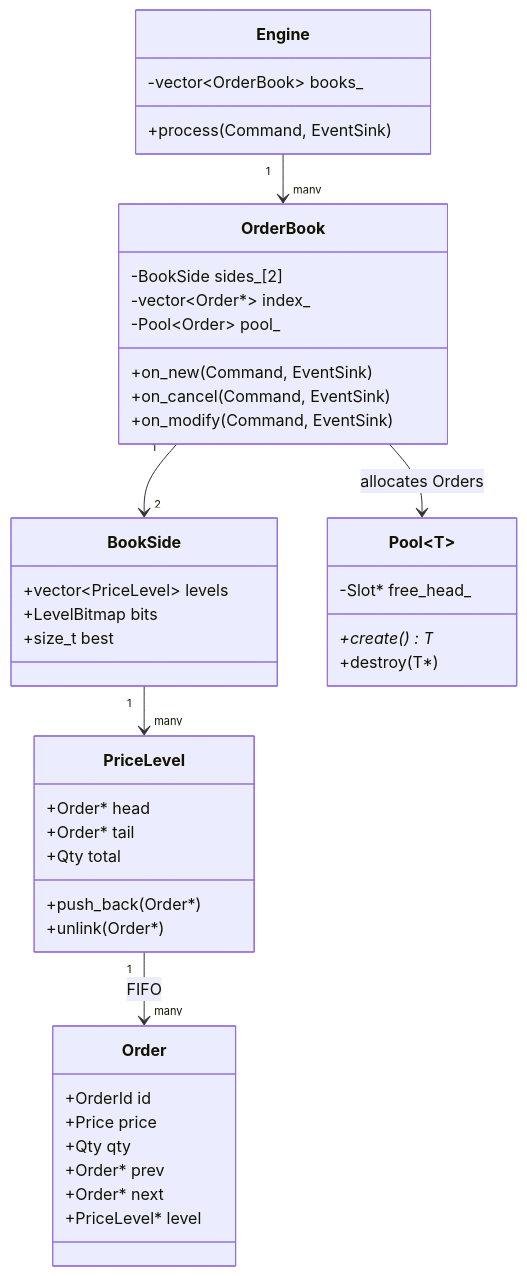
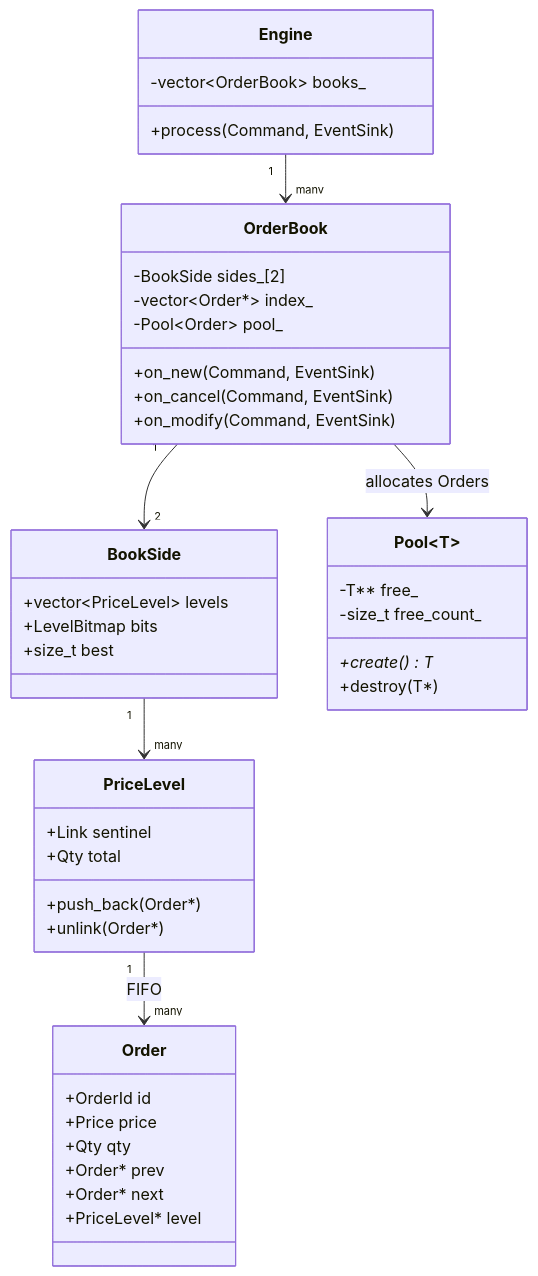
The eighth of 22 diagrams in docs/AETHER_DESIGN.md (shivanshu814/Aether), drawn with Mermaid before and after one commit. The commit also changed other lines of this file and 2 other files, not shown here.

````diff
--- a/docs/AETHER_DESIGN.md
+++ b/docs/AETHER_DESIGN.md
@@ -386,45 +388,45 @@
 ```mermaid
 classDiagram
     class Engine {
         -vector~OrderBook~ books_
         +process(Command, EventSink)
     }
     class OrderBook {
         -BookSide sides_[2]
         -vector~Order*~ index_
         -Pool~Order~ pool_
         +on_new(Command, EventSink)
         +on_cancel(Command, EventSink)
         +on_modify(Command, EventSink)
     }
     class BookSide {
         +vector~PriceLevel~ levels
         +LevelBitmap bits
         +size_t best
     }
     class PriceLevel {
-        +Order* head
-        +Order* tail
+        +Link sentinel
         +Qty total
         +push_back(Order*)
         +unlink(Order*)
     }
     class Order {
         +OrderId id
         +Price price
         +Qty qty
         +Order* prev
         +Order* next
         +PriceLevel* level
     }
     class Pool~T~ {
-        -Slot* free_head_
+        -T** free_
+        -size_t free_count_
         +create() T*
         +destroy(T*)
     }
     Engine "1" --> "many" OrderBook
     OrderBook "1" --> "2" BookSide
     BookSide "1" --> "many" PriceLevel
     PriceLevel "1" --> "many" Order : FIFO
     OrderBook --> Pool~T~ : allocates Orders
 ```
````
